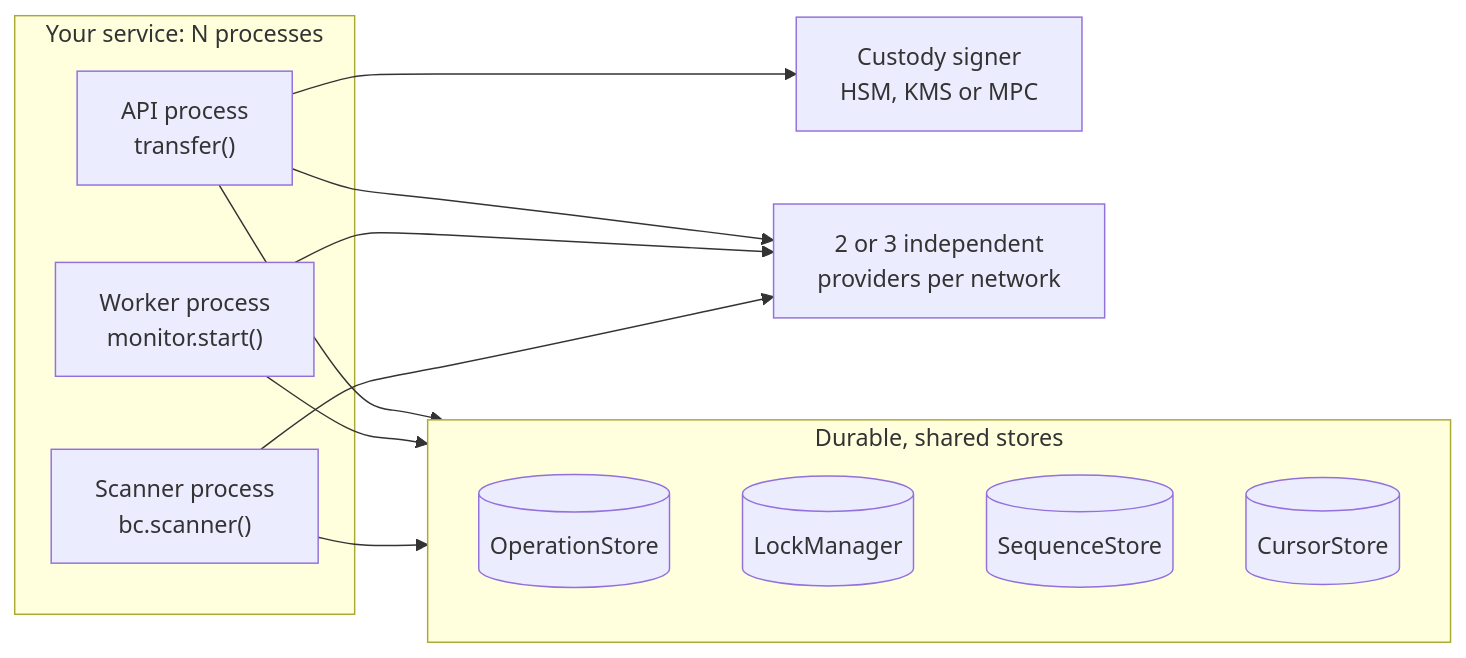
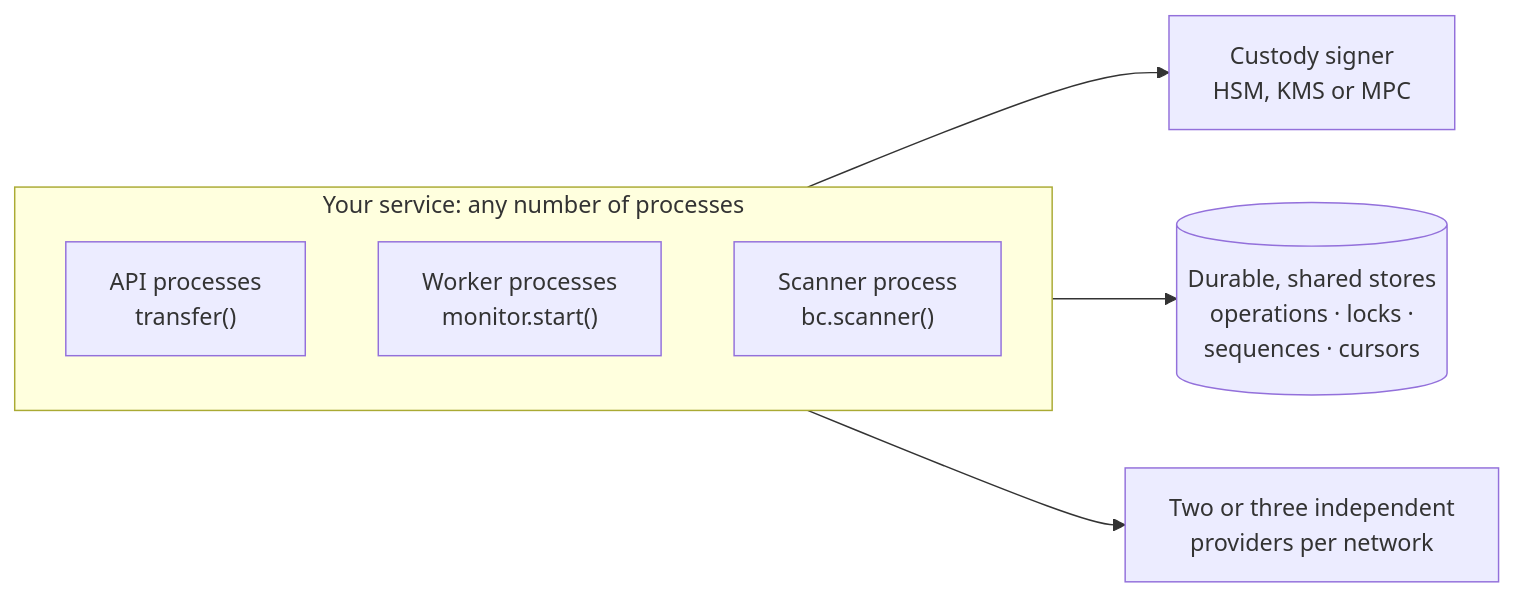
Before and after one commit to vhidvz/crypto-aio: the diagram in docs/build/production.md, drawn with Mermaid. The commit also changed 13 other files, not shown here.

First line of the commit message:
docs: the README as the front door; fix front matter and diagrams found by a local site build

````diff
--- a/docs/build/production.md
+++ b/docs/build/production.md
@@ -16,23 +16,15 @@
 ```mermaid
 flowchart LR
-  subgraph app["Your service: N processes"]
-    api["API process<br/>transfer()"]
-    worker["Worker process<br/>monitor.start()"]
+  subgraph app["Your service: any number of processes"]
+    direction TB
+    api["API processes<br/>transfer()"]
+    worker["Worker processes<br/>monitor.start()"]
     scan["Scanner process<br/>bc.scanner()"]
   end
-  subgraph stores["Durable, shared stores"]
-    ops[("OperationStore")]
-    locks[("LockManager")]
-    seq[("SequenceStore")]
-    cur[("CursorStore")]
-  end
+  stores[("Durable, shared stores<br/>operations · locks ·<br/>sequences · cursors")]
   custody["Custody signer<br/>HSM, KMS or MPC"]
-  providers["2 or 3 independent<br/>providers per network"]
-  api --> stores
-  worker --> stores
-  scan --> stores
+  providers["Two or three independent<br/>providers per network"]
+  app --> stores
+  app --> providers
   api --> custody
-  api --> providers
-  worker --> providers
-  scan --> providers
 ```
````
